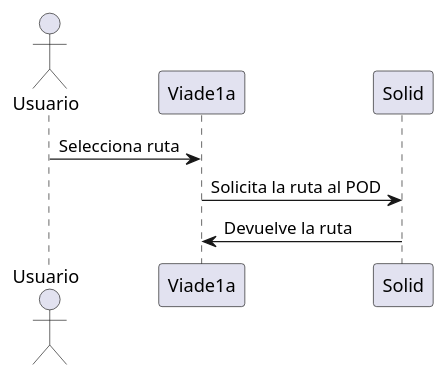
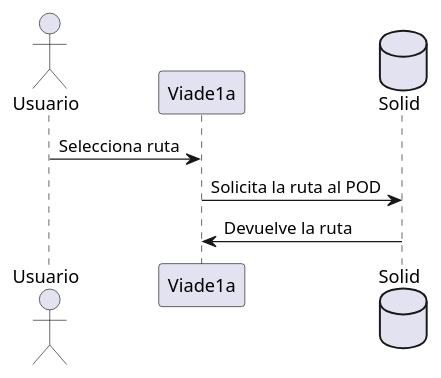
One commit to Arquisoft/viade_es1a changed the third of 4 diagrams in src/docs/06_runtime_view.adoc. Above: the diagram before and after it, drawn with PlantUML. The commit also changed other lines of this file, not shown here.

Commit message:
diagramas mejorados 6

```diff
--- a/src/docs/06_runtime_view.adoc
+++ b/src/docs/06_runtime_view.adoc
@@ -39,13 +40,13 @@
 [plantuml,ver ruta,png]
 ----
 @startuml
 
 actor Usuario
 Usuario -> Viade1a:Selecciona ruta
-
+database Solid
 Viade1a -> Solid:Solicita la ruta al POD
 Solid -> Viade1a:Devuelve la ruta
 
 
 @enduml
 ----
```
